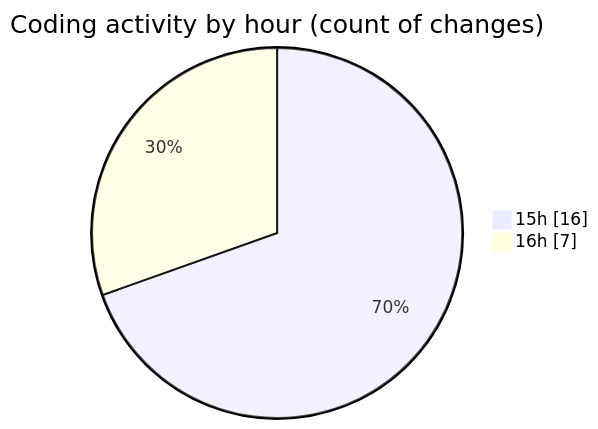
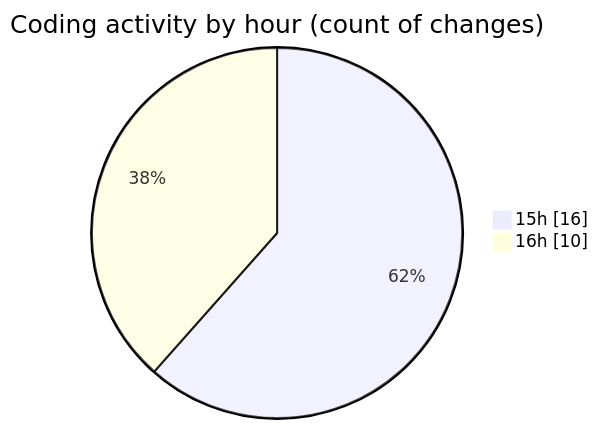
One commit to mevix1/code-tracking changed the second of 2 diagrams in 2025-10-01/oura-api/README.md. Above: the diagram before and after it, drawn with Mermaid. The commit also changed other lines of this file and 1 other file, not shown here.

````diff
--- a/2025-10-01/oura-api/README.md
+++ b/2025-10-01/oura-api/README.md
@@ -40,6 +43,6 @@
 ```mermaid
 pie showData
 title Coding activity by hour (count of changes)
 "15h" : 16
-"16h" : 7
+"16h" : 10
 ```
````
